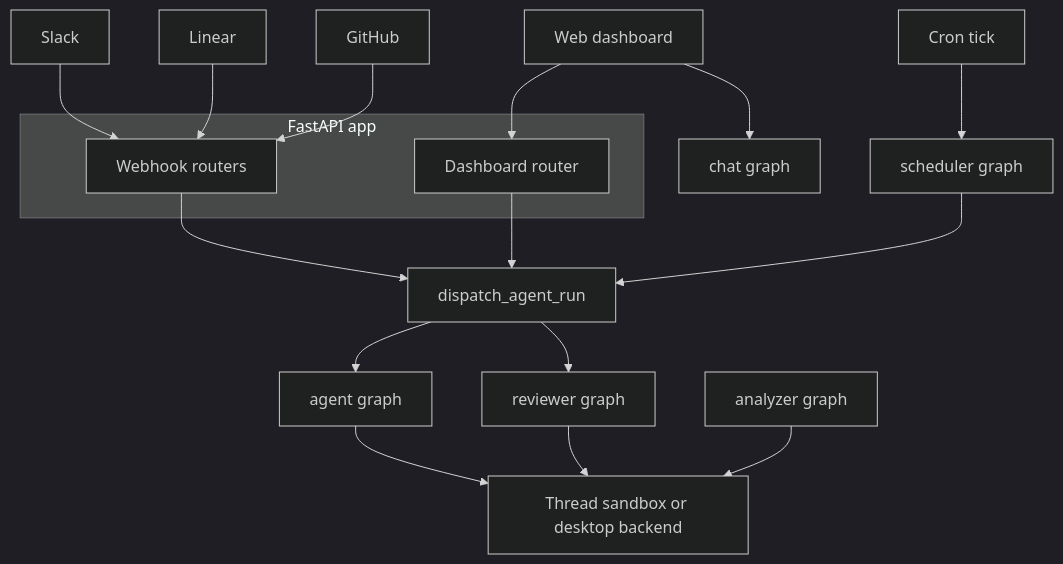
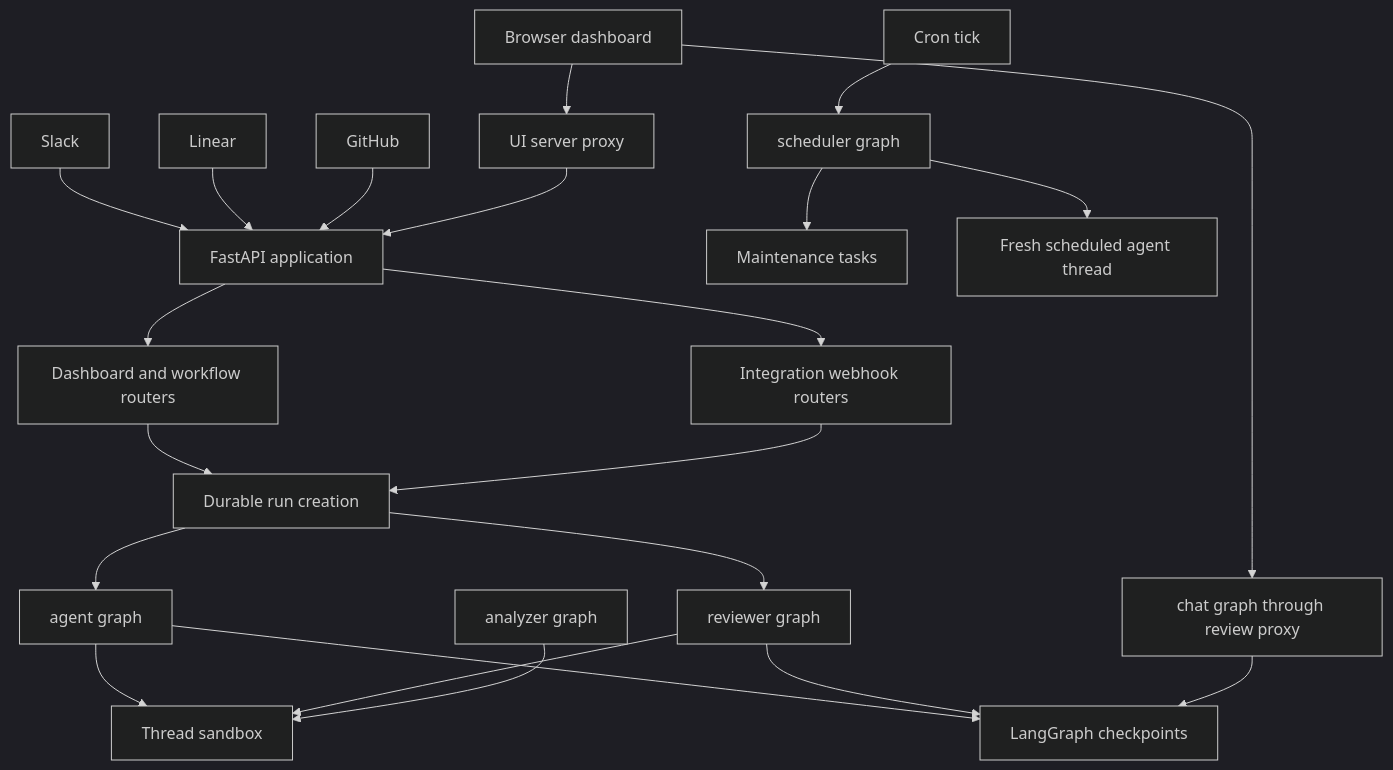
The diagram in openwiki/architecture/overview.md (langchain-ai/open-swe), drawn with Mermaid (dark theme) before and after one commit. The commit also changed other lines of this file and 52 other files, not shown here.

````diff
--- a/openwiki/architecture/overview.md
+++ b/openwiki/architecture/overview.md
@@ -77,23 +62,24 @@
 ```mermaid
 flowchart TD
-  Slack["Slack"] --> Webhooks["Webhook routers"]
-  Linear["Linear"] --> Webhooks
-  GitHub["GitHub"] --> Webhooks
-  Browser["Web dashboard"] --> Dashboard["Dashboard router"]
+  Browser["Browser dashboard"] --> UIProxy["UI server proxy"]
+  Slack["Slack"] --> API["FastAPI application"]
+  Linear["Linear"] --> API
+  GitHub["GitHub"] --> API
+  UIProxy --> API
+  API --> Dashboard["Dashboard and workflow routers"]
+  API --> Hooks["Integration webhook routers"]
+  Dashboard --> Dispatch["Durable run creation"]
+  Hooks --> Dispatch
   Cron["Cron tick"] --> Scheduler["scheduler graph"]
-
-  subgraph App["FastAPI app"]
-    Webhooks
-    Dashboard
-  end
-
-  Webhooks --> Dispatch["dispatch_agent_run"]
-  Dashboard --> Dispatch
-  Scheduler --> Dispatch
+  Scheduler --> Maintenance["Maintenance tasks"]
+  Scheduler --> ScheduledRun["Fresh scheduled agent thread"]
   Dispatch --> Agent["agent graph"]
   Dispatch --> Reviewer["reviewer graph"]
-  Agent --> Sandbox["Thread sandbox or desktop backend"]
+  Browser --> Chat["chat graph through review proxy"]
+  Agent --> Sandbox["Thread sandbox"]
   Reviewer --> Sandbox
   Analyzer["analyzer graph"] --> Sandbox
-  Browser --> Chat["chat graph"]
+  Agent --> Checkpoints["LangGraph checkpoints"]
+  Reviewer --> Checkpoints
+  Chat --> Checkpoints
 ```
````
